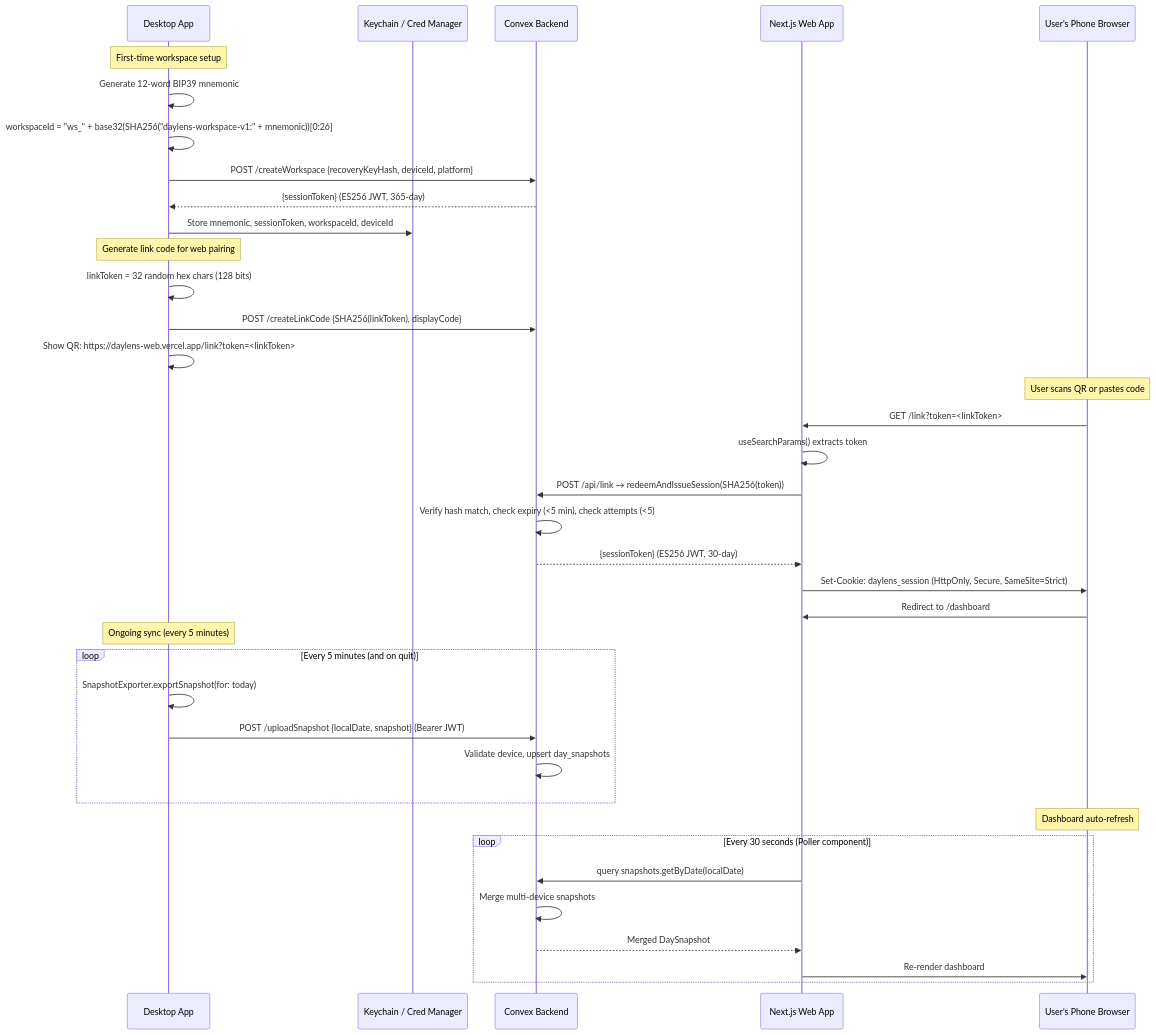
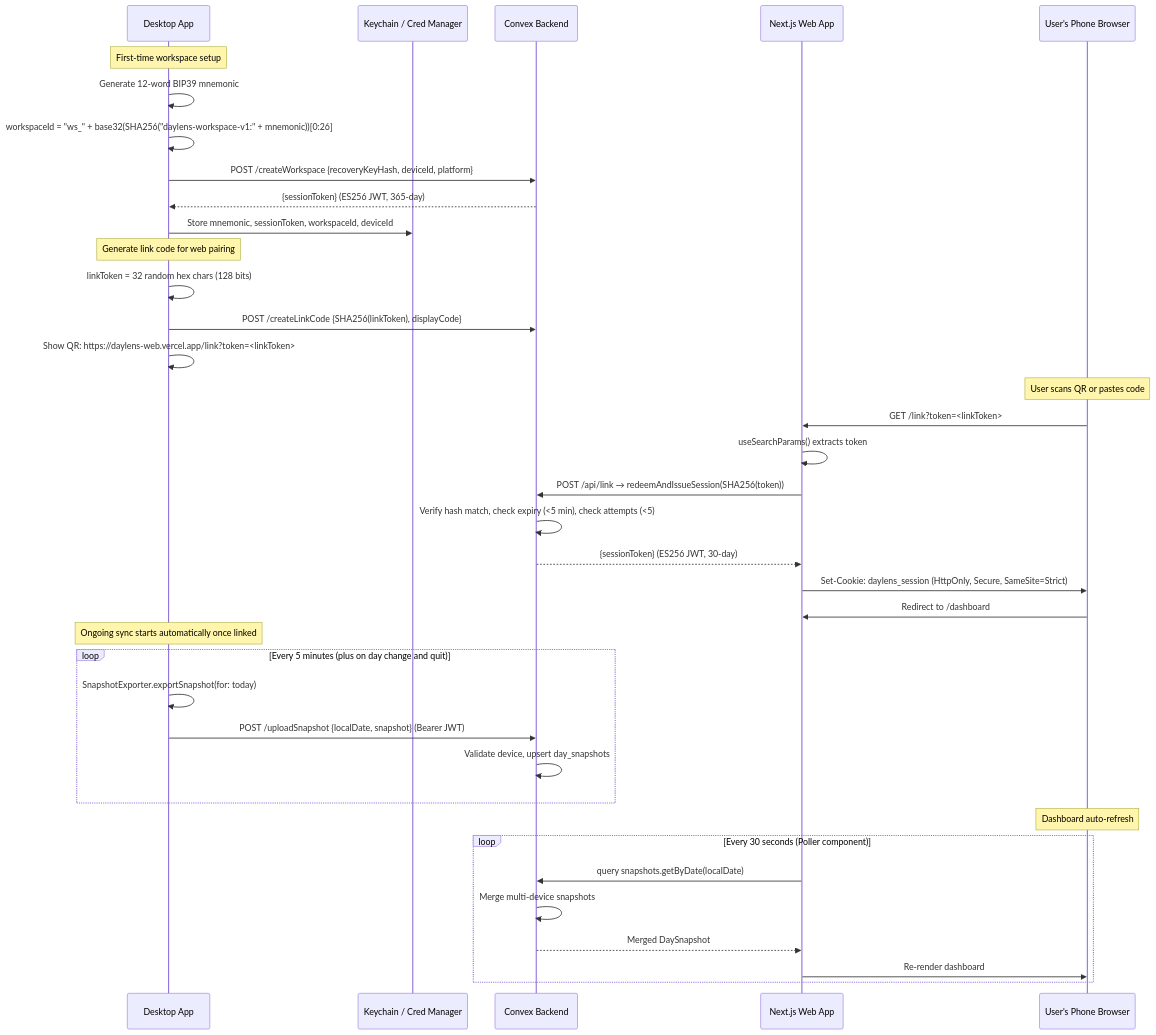
One commit to irachrist1/daylens changed the ninth of 13 diagrams in ARCHITECTURE.md. Above: the diagram before and after it, drawn with Mermaid. The commit also changed other lines of this file and 15 other files, not shown here.

````diff
--- a/ARCHITECTURE.md
+++ b/ARCHITECTURE.md
@@ -410,44 +411,44 @@
 ```mermaid
 sequenceDiagram
     participant Desktop as Desktop App
     participant KC as Keychain / Cred Manager
     participant Convex as Convex Backend
     participant Web as Next.js Web App
     participant Phone as User's Phone Browser
 
     Note over Desktop: First-time workspace setup
     Desktop->>Desktop: Generate 12-word BIP39 mnemonic
     Desktop->>Desktop: workspaceId = "ws_" + base32(SHA256("daylens-workspace-v1:" + mnemonic))[0:26]
     Desktop->>Convex: POST /createWorkspace {recoveryKeyHash, deviceId, platform}
     Convex-->>Desktop: {sessionToken} (ES256 JWT, 365-day)
     Desktop->>KC: Store mnemonic, sessionToken, workspaceId, deviceId
 
     Note over Desktop: Generate link code for web pairing
     Desktop->>Desktop: linkToken = 32 random hex chars (128 bits)
     Desktop->>Convex: POST /createLinkCode {SHA256(linkToken), displayCode}
     Desktop->>Desktop: Show QR: https://daylens-web.vercel.app/link?token=<linkToken>
 
     Note over Phone: User scans QR or pastes code
     Phone->>Web: GET /link?token=<linkToken>
     Web->>Web: useSearchParams() extracts token
     Web->>Convex: POST /api/link → redeemAndIssueSession(SHA256(token))
     Convex->>Convex: Verify hash match, check expiry (<5 min), check attempts (<5)
     Convex-->>Web: {sessionToken} (ES256 JWT, 30-day)
     Web->>Phone: Set-Cookie: daylens_session (HttpOnly, Secure, SameSite=Strict)
     Phone->>Web: Redirect to /dashboard
 
-    Note over Desktop: Ongoing sync (every 5 minutes)
-    loop Every 5 minutes (and on quit)
+    Note over Desktop: Ongoing sync starts automatically once linked
+    loop Every 5 minutes (plus on day change and quit)
         Desktop->>Desktop: SnapshotExporter.exportSnapshot(for: today)
         Desktop->>Convex: POST /uploadSnapshot {localDate, snapshot} (Bearer JWT)
         Convex->>Convex: Validate device, upsert day_snapshots
     end
 
     Note over Phone: Dashboard auto-refresh
     loop Every 30 seconds (Poller component)
         Web->>Convex: query snapshots.getByDate(localDate)
         Convex->>Convex: Merge multi-device snapshots
         Convex-->>Web: Merged DaySnapshot
         Web->>Phone: Re-render dashboard
     end
 ```
````
